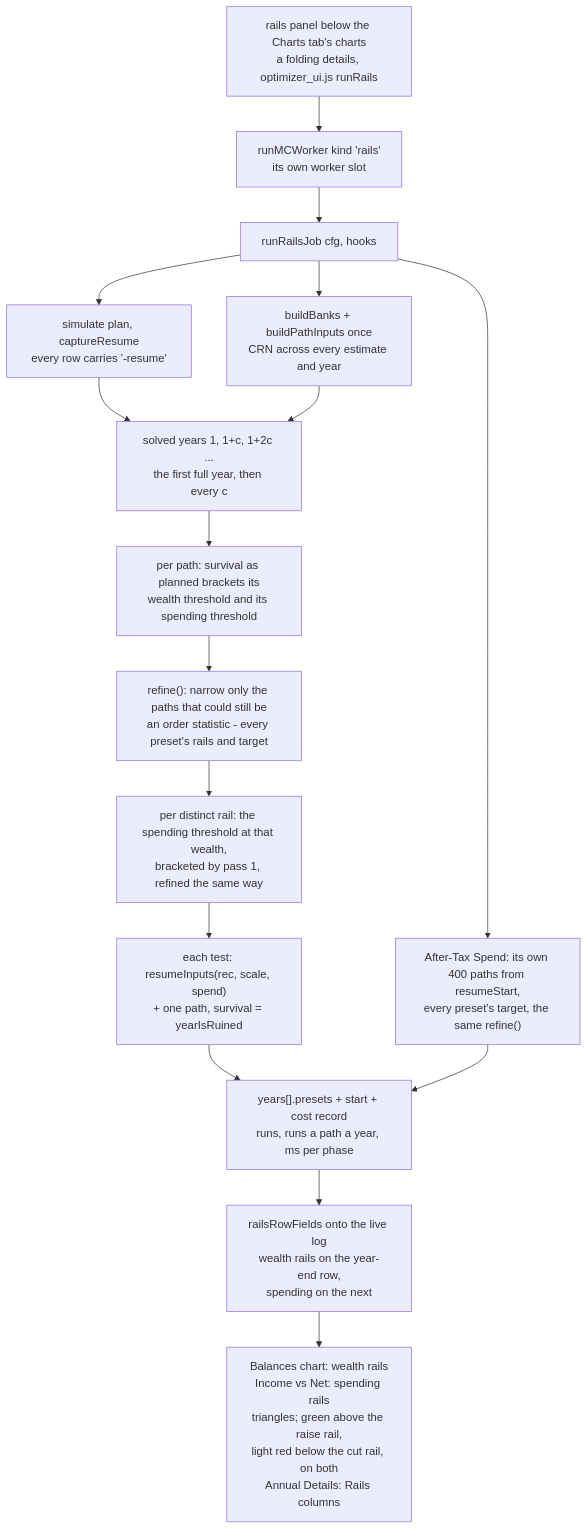
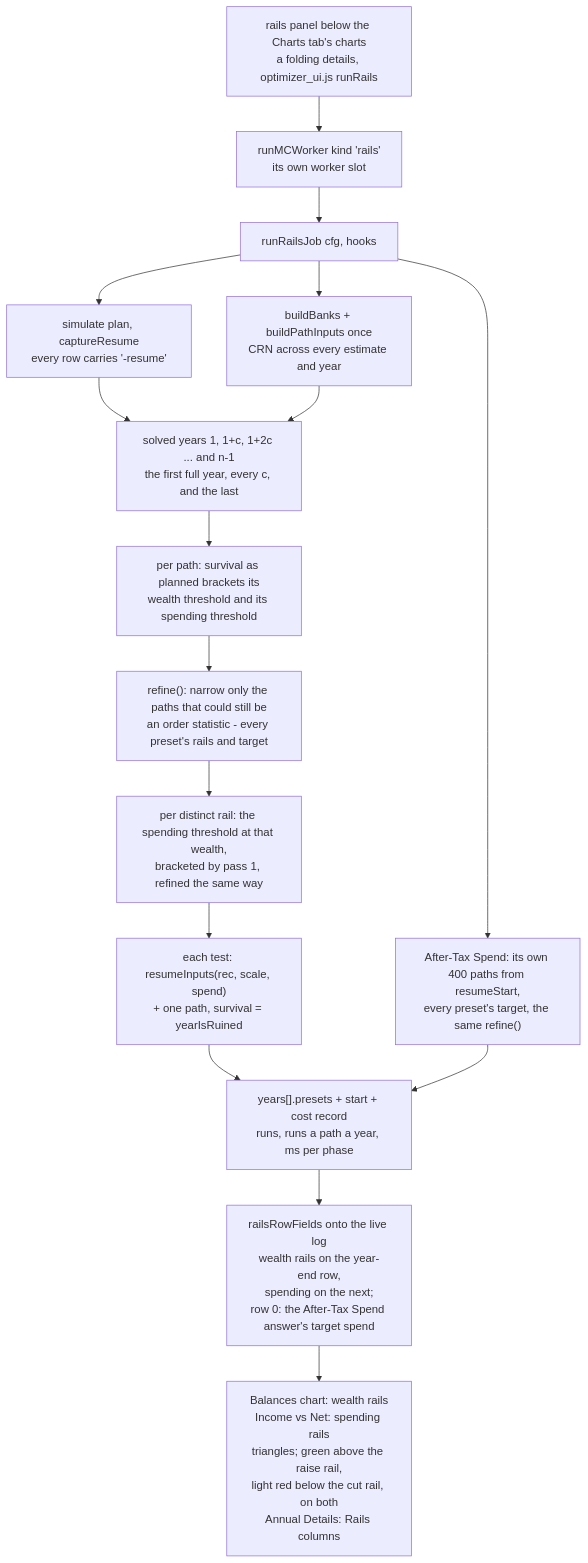
Before and after one commit to nightskyguy/retirement_assets: the ninth of 9 diagrams in ARCHITECTURE.md, drawn with Mermaid. The commit also changed other lines of this file and 13 other files, not shown here.

````diff
--- a/ARCHITECTURE.md
+++ b/ARCHITECTURE.md
@@ -480,18 +480,18 @@
 ```mermaid
 flowchart TD
     PANEL["rails panel below the Charts tab's charts<br/>a folding details, optimizer_ui.js runRails"] --> CTL["runMCWorker kind 'rails'<br/>its own worker slot"]
     CTL --> JOB["runRailsJob cfg, hooks"]
     JOB --> SPINE["simulate plan, captureResume<br/>every row carries '-resume'"]
     JOB --> BANKS["buildBanks + buildPathInputs once<br/>CRN across every estimate and year"]
-    SPINE --> YEARS["solved years 1, 1+c, 1+2c ...<br/>the first full year, then every c"]
+    SPINE --> YEARS["solved years 1, 1+c, 1+2c ... and n-1<br/>the first full year, every c, and the last"]
     BANKS --> YEARS
     YEARS --> POS["per path: survival as planned brackets its<br/>wealth threshold and its spending threshold"]
     POS --> REF["refine(): narrow only the paths that could still be<br/>an order statistic - every preset's rails and target"]
     REF --> RS["per distinct rail: the spending threshold at that wealth,<br/>bracketed by pass 1, refined the same way"]
     RS --> EST["each test: resumeInputs(rec, scale, spend)<br/>+ one path, survival = yearIsRuined"]
     JOB --> START["After-Tax Spend: its own 400 paths from resumeStart,<br/>every preset's target, the same refine()"]
     EST --> MSG["years[].presets + start + cost record<br/>runs, runs a path a year, ms per phase"]
     START --> MSG
-    MSG --> MERGE["railsRowFields onto the live log<br/>wealth rails on the year-end row,<br/>spending on the next"]
+    MSG --> MERGE["railsRowFields onto the live log<br/>wealth rails on the year-end row,<br/>spending on the next;<br/>row 0: the After-Tax Spend answer's target spend"]
     MERGE --> DRAW["Balances chart: wealth rails<br/>Income vs Net: spending rails<br/>triangles; green above the raise rail,<br/>light red below the cut rail, on both<br/>Annual Details: Rails columns"]
 ```
````
